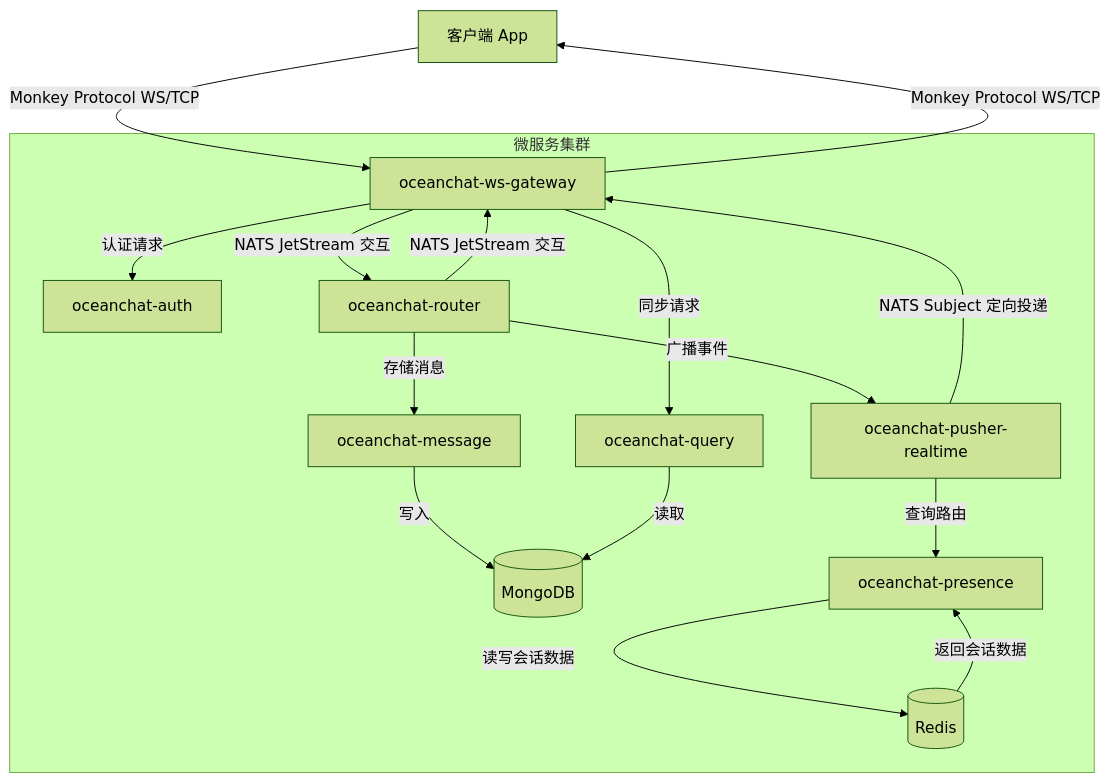
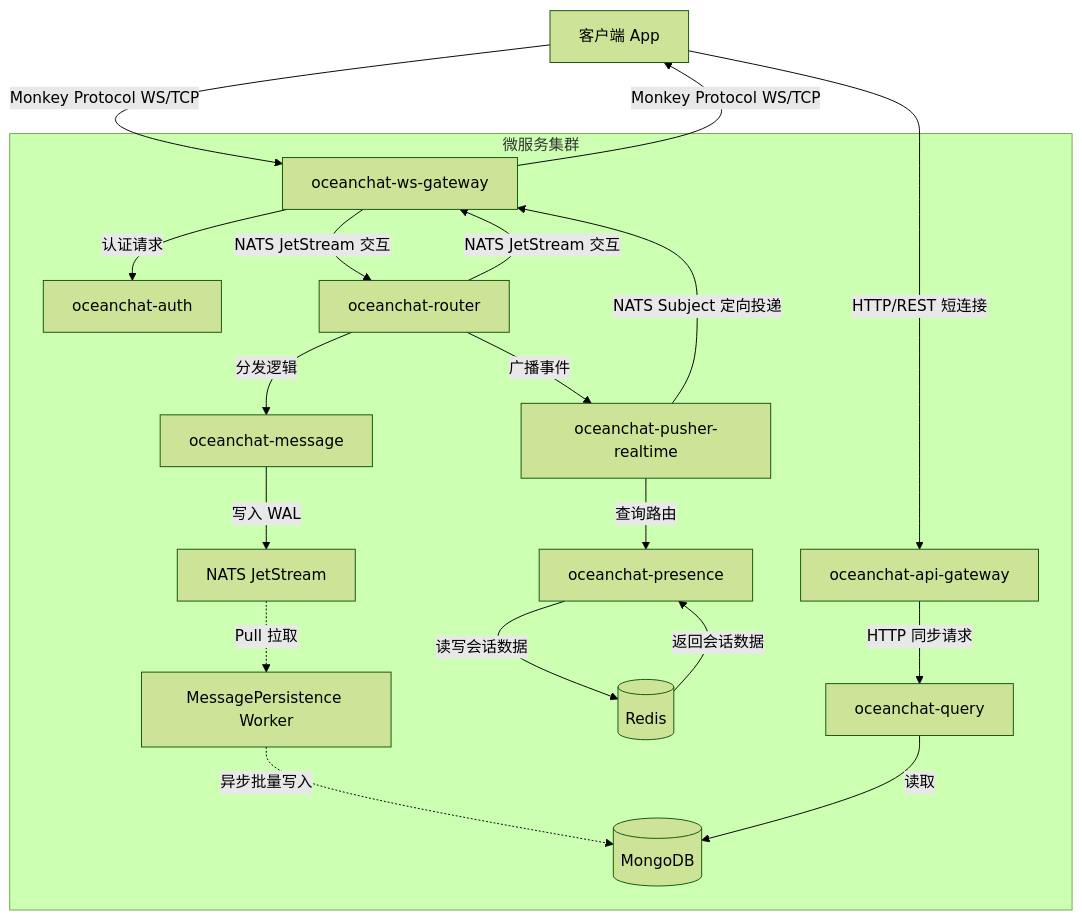
The first of 5 diagrams in i18n/zh-CN/docusaurus-plugin-content-docs/current/devdocs/monkey-protocol-spec.md (JamesWilson19970101/ocean.chat.docs), drawn with Mermaid (forest theme) before and after one commit. The commit also changed other lines of this file and 16 other files, not shown here.

First line of the commit message:
docs: Refine message delivery, NATS JetStream, and reliability architecture

````diff
--- a/i18n/zh-CN/docusaurus-plugin-content-docs/current/devdocs/monkey-protocol-spec.md
+++ b/i18n/zh-CN/docusaurus-plugin-content-docs/current/devdocs/monkey-protocol-spec.md
@@ -52,24 +54,27 @@
 ```mermaid
 graph TD
     Client[客户端 App] -->|Monkey Protocol WS/TCP| Gateway[oceanchat-ws-gateway]
+    Client -->|HTTP/REST 短连接| APIGateway[oceanchat-api-gateway]
     Gateway -->|Monkey Protocol WS/TCP| Client
 
     subgraph 微服务集群
         Gateway -->|认证请求| Auth[oceanchat-auth]
         Gateway -->|NATS JetStream 交互| Router[oceanchat-router]
         Router -->|NATS JetStream 交互| Gateway
 
-        Router -->|存储消息| Message[oceanchat-message]
-        Message -->|写入| MongoDB[(MongoDB)]
+        Router -->|分发逻辑| Message[oceanchat-message]
+        Message -->|写入 WAL| NATS[NATS JetStream]
+        NATS -.->|Pull 拉取| Worker[MessagePersistence Worker]
+        Worker -.->|异步批量写入| MongoDB[(MongoDB)]
 
         Router -->|广播事件| Pusher[oceanchat-pusher-realtime]
         Pusher -->|查询路由| Presence[oceanchat-presence]
         Presence -->|读写会话数据| Redis[(Redis)]
         Redis -->|返回会话数据| Presence
 
-        Gateway -->|同步请求| Query[oceanchat-query]
+        APIGateway -->|HTTP 同步请求| Query[oceanchat-query]
         Query -->|读取| MongoDB
     end
 
     Pusher -->|NATS Subject 定向投递| Gateway
 ```
````
